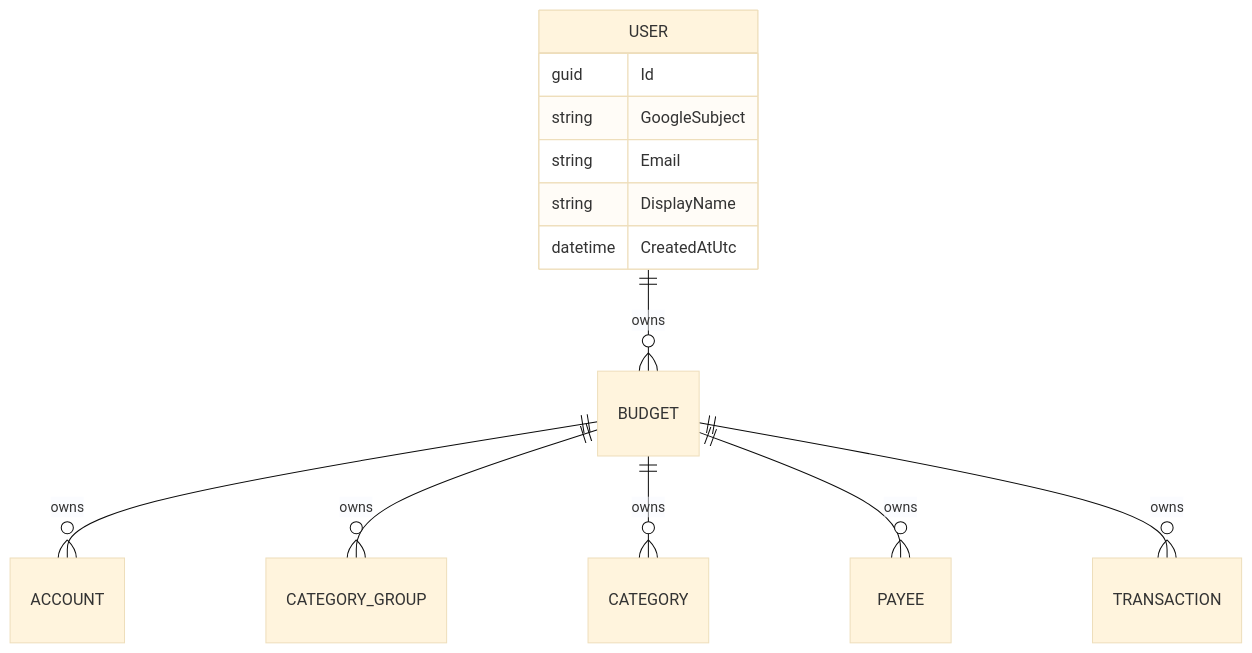
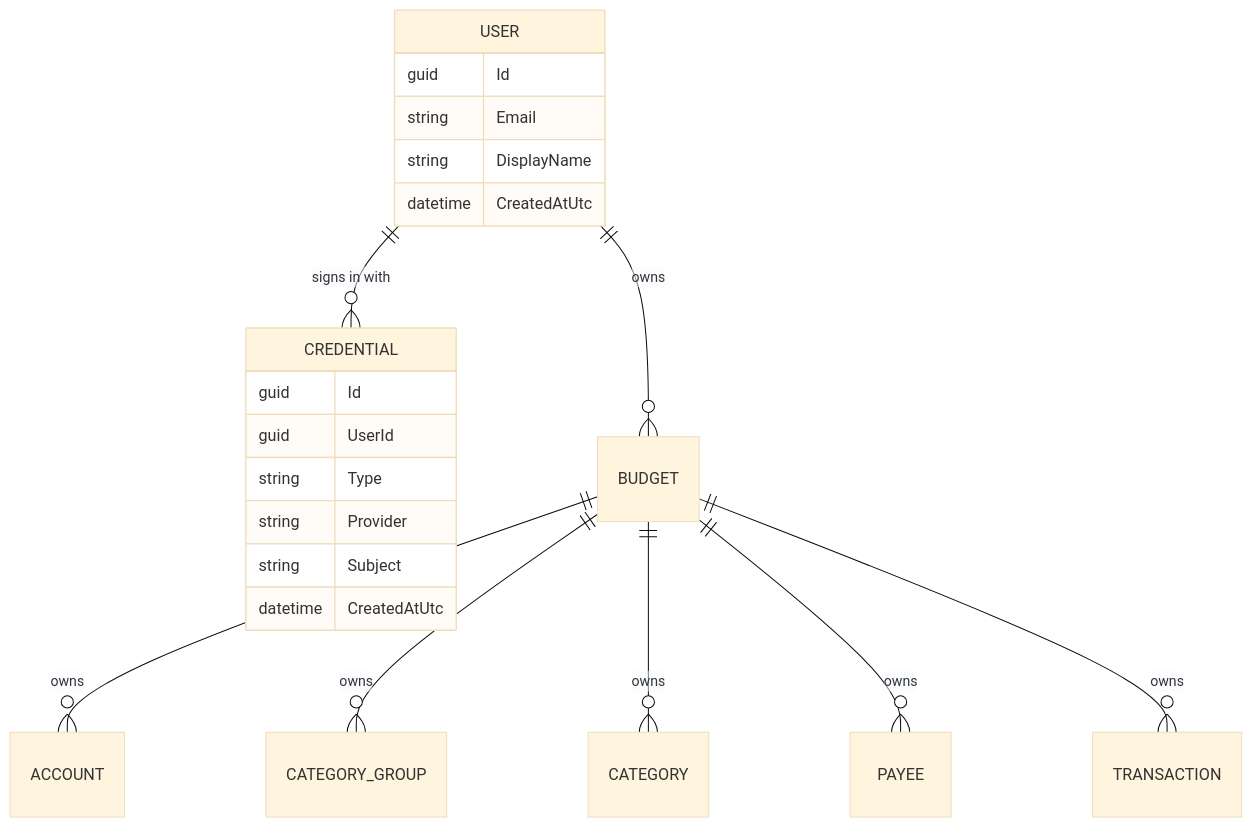
The first of 2 diagrams in docs/business-logic/users-and-ownership.md (anton-kochev/budgetoid), drawn with Mermaid (base theme) before and after one commit. The commit also changed other lines of this file and 29 other files, not shown here.

````diff
--- a/docs/business-logic/users-and-ownership.md
+++ b/docs/business-logic/users-and-ownership.md
@@ -38,16 +46,24 @@
 ```mermaid
 erDiagram
+    USER ||--o{ CREDENTIAL : "signs in with"
     USER ||--o{ BUDGET : owns
     BUDGET ||--o{ ACCOUNT : owns
     BUDGET ||--o{ CATEGORY_GROUP : owns
     BUDGET ||--o{ CATEGORY : owns
     BUDGET ||--o{ PAYEE : owns
     BUDGET ||--o{ TRANSACTION : owns
     USER {
         guid Id
-        string GoogleSubject
         string Email
         string DisplayName
         datetime CreatedAtUtc
     }
+    CREDENTIAL {
+        guid Id
+        guid UserId
+        string Type
+        string Provider
+        string Subject
+        datetime CreatedAtUtc
+    }
 ```
````
